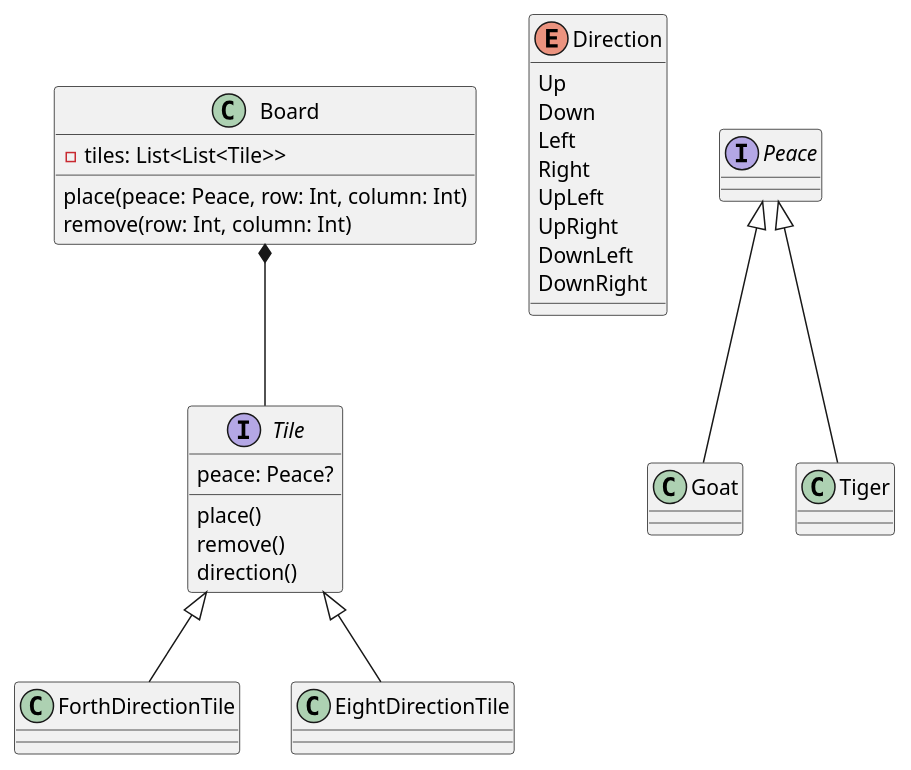
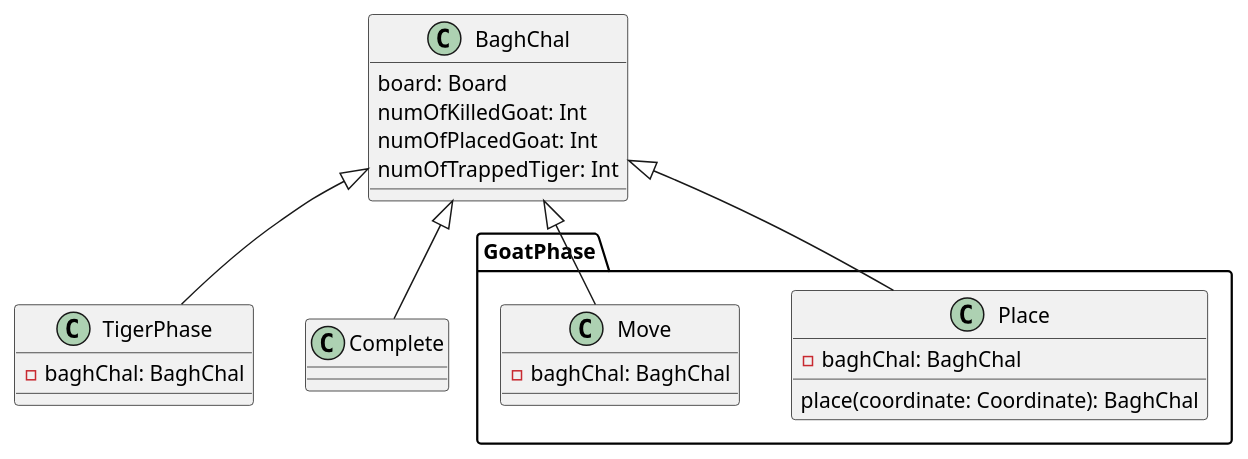
Before and after one commit to Wansuko-cmd/BaghChal: the diagram in domain/class.puml, drawn with PlantUML. The commit also changed 6 other files, not shown here.

```diff
--- a/domain/class.puml
+++ b/domain/class.puml
@@ -1,44 +1,29 @@
 @startuml
 
-class Board {
-  -tiles: List<List<Tile>>
-
-  place(peace: Peace, row: Int, column: Int)
-  remove(row: Int, column: Int)
+class BaghChal {
+  board: Board
+  numOfKilledGoat: Int
+  numOfPlacedGoat: Int
+  numOfTrappedTiger: Int
 }
 
-interface Tile {
-  peace: Peace?
+class GoatPhase.Place {
+  -baghChal: BaghChal
+  place(coordinate: Coordinate): BaghChal
+}
+BaghChal <|-- GoatPhase.Place
 
-  place()
-  remove()
-  direction()
+class GoatPhase.Move {
+  -baghChal: BaghChal
 }
-Board *-- Tile
+BaghChal <|-- GoatPhase.Move
 
-class ForthDirectionTile
-Tile <|-- ForthDirectionTile
+class TigerPhase {
+  -baghChal: BaghChal
+}
+BaghChal <|-- TigerPhase
 
-class EightDirectionTile
-Tile <|-- EightDirectionTile
-
-enum Direction {
-  Up
-  Down
-  Left
-  Right
-  UpLeft
-  UpRight
-  DownLeft
-  DownRight
-}
-
-interface Peace
-
-class Goat
-Peace <|-- Goat
-
-class Tiger
-Peace <|-- Tiger
+class Complete
+BaghChal <|-- Complete
 
 @enduml
```
